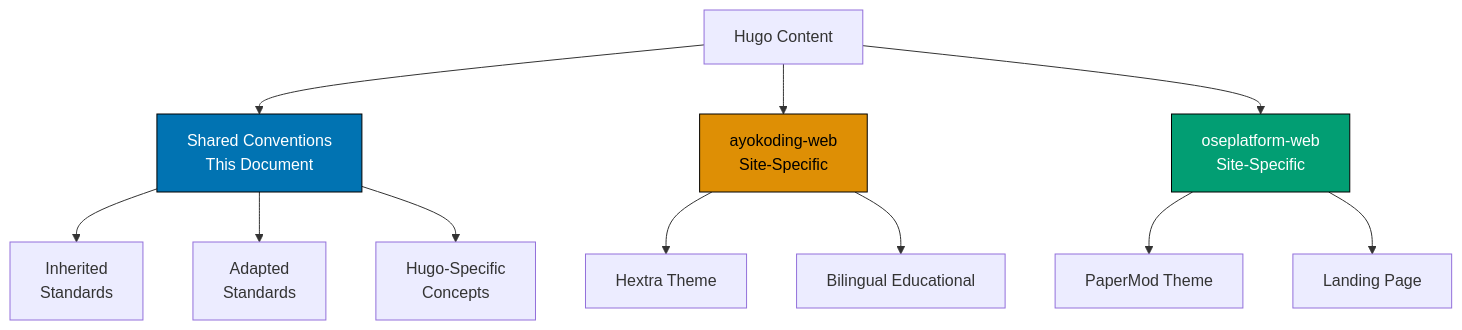
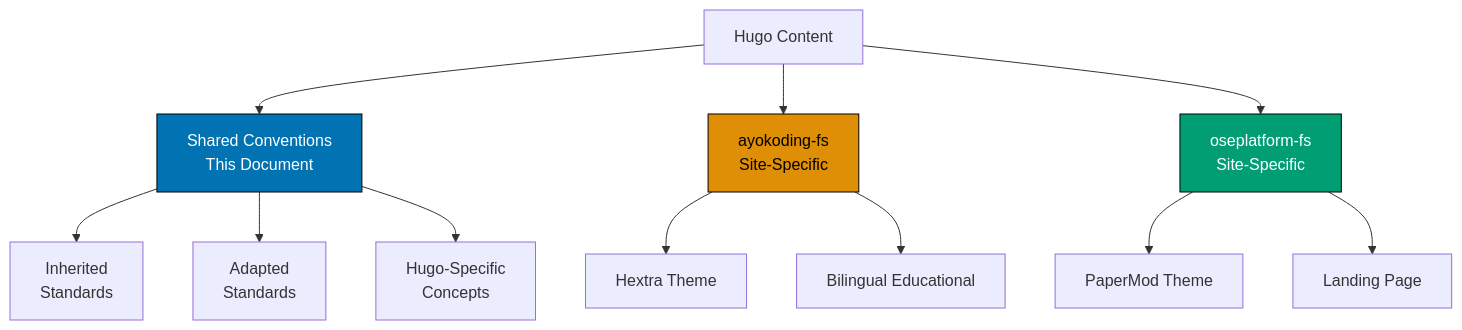
The diagram in governance/conventions/hugo/shared.md (wahidyankf/open-sharia-enterprise), drawn with Mermaid before and after one commit. The commit also changed other lines of this file and 1809 other files, not shown here.

First line of the commit message:
refactor(apps): rename ayokoding-web to ayokoding-fs and oseplatform-web to oseplatform-fs

````diff
--- a/governance/conventions/hugo/shared.md
+++ b/governance/conventions/hugo/shared.md
@@ -69,22 +69,22 @@
 ```mermaid
 %% Color Palette: Blue #0173B2, Orange #DE8F05, Teal #029E73, Purple #CC78BC, Brown #CA9161
 %% All colors are color-blind friendly and meet WCAG AA contrast standards
 graph TD
     A[Hugo Content] --> B[Shared Conventions<br/>This Document]
-    A --> C[ayokoding-web<br/>Site-Specific]
-    A --> D[oseplatform-web<br/>Site-Specific]
+    A --> C[ayokoding-fs<br/>Site-Specific]
+    A --> D[oseplatform-fs<br/>Site-Specific]
 
     B --> B1[Inherited<br/>Standards]
     B --> B2[Adapted<br/>Standards]
     B --> B3[Hugo-Specific<br/>Concepts]
 
     C --> C1[Hextra Theme]
     C --> C2[Bilingual Educational]
 
     D --> D1[PaperMod Theme]
     D --> D2[Landing Page]
 
     style B fill:#0173B2,stroke:#000,color:#fff
     style C fill:#DE8F05,stroke:#000,color:#000
     style D fill:#029E73,stroke:#000,color:#fff
 ```
````
